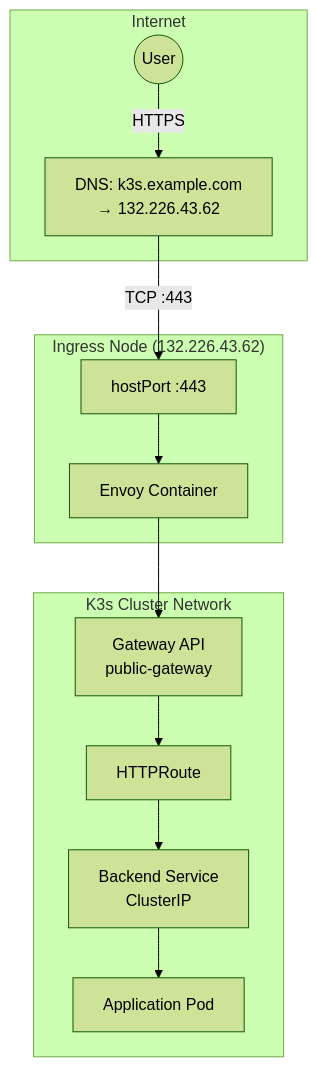
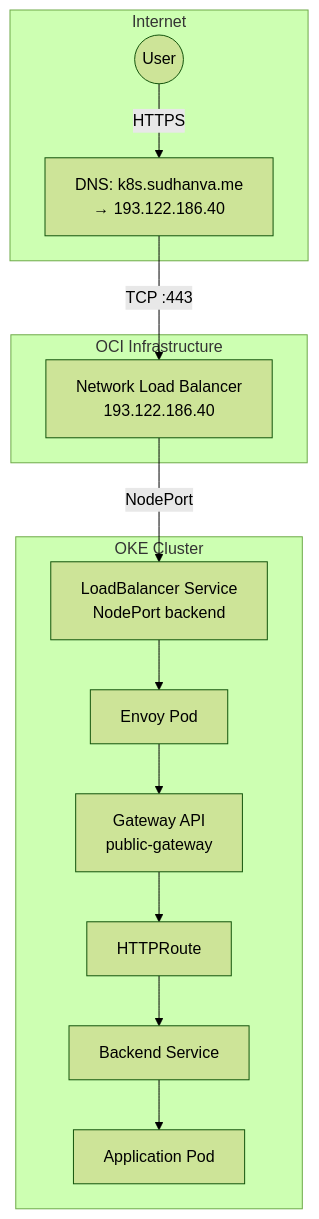
Before and after one commit to nsudhanva/k8s-oracle: the second of 3 diagrams in docs/src/content/docs/architecture/ingress.md, drawn with Mermaid (forest theme). The commit also changed other lines of this file and 5 other files, not shown here.

````diff
--- a/docs/src/content/docs/architecture/ingress.md
+++ b/docs/src/content/docs/architecture/ingress.md
@@ -88,27 +72,29 @@
 ```mermaid
 flowchart TB
     subgraph Internet
         User((User))
-        DNS[DNS: k3s.example.com<br/>→ 132.226.43.62]
+        DNS[DNS: k8s.sudhanva.me<br/>→ 193.122.186.40]
     end
 
-    subgraph Ingress["Ingress Node (132.226.43.62)"]
-        HP[hostPort :443]
-        Envoy[Envoy Container]
+    subgraph OCI["OCI Infrastructure"]
+        NLB[Network Load Balancer<br/>193.122.186.40]
     end
 
-    subgraph Cluster["K3s Cluster Network"]
+    subgraph Cluster["OKE Cluster"]
+        SVC[LoadBalancer Service<br/>NodePort backend]
+        Envoy[Envoy Pod]
         GW[Gateway API<br/>public-gateway]
         HR[HTTPRoute]
-        SVC[Backend Service<br/>ClusterIP]
+        Backend[Backend Service]
         Pod[Application Pod]
     end
 
     User -->|HTTPS| DNS
-    DNS -->|TCP :443| HP
-    HP --> Envoy
+    DNS -->|TCP :443| NLB
+    NLB -->|NodePort| SVC
+    SVC --> Envoy
     Envoy --> GW
     GW --> HR
-    HR --> SVC
-    SVC --> Pod
+    HR --> Backend
+    Backend --> Pod
 ```
````
